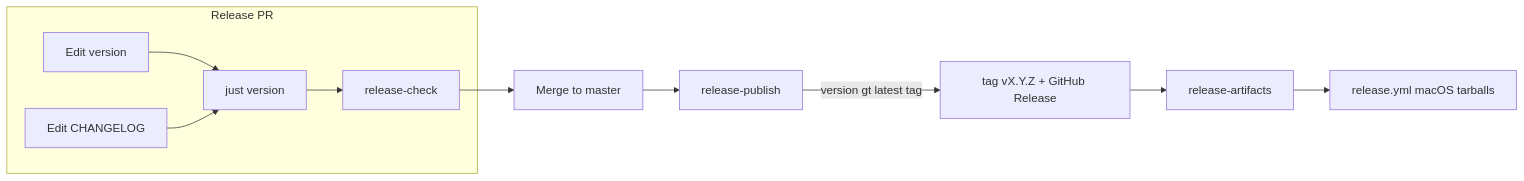
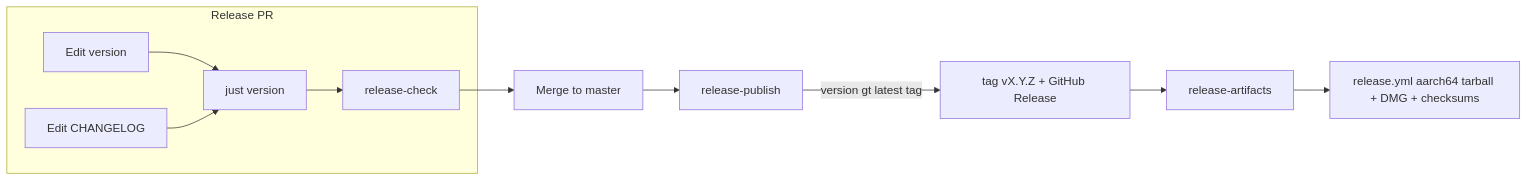
Before and after one commit to rubenlr/workpot: the diagram in docs/releasing.md, drawn with Mermaid. The commit also changed other lines of this file and 1 other file, not shown here.

First line of the commit message:
feat(06.1-01): align smoke checks with release artifact contract

````diff
--- a/docs/releasing.md
+++ b/docs/releasing.md
@@ -31,16 +31,16 @@
 ```mermaid
 flowchart LR
   subgraph pr [Release PR]
     V[Edit version]
     C[Edit CHANGELOG]
     J[just version]
     V --> J
     C --> J
     J --> CI[release-check]
   end
   CI --> Merge[Merge to master]
   Merge --> Pub[release-publish]
   Pub -->|"version gt latest tag"| Tag["tag vX.Y.Z + GitHub Release"]
   Tag --> Art[release-artifacts]
-  Art --> Bin[release.yml macOS tarballs]
+  Art --> Bin[release.yml aarch64 tarball + DMG + checksums]
 ```
````
